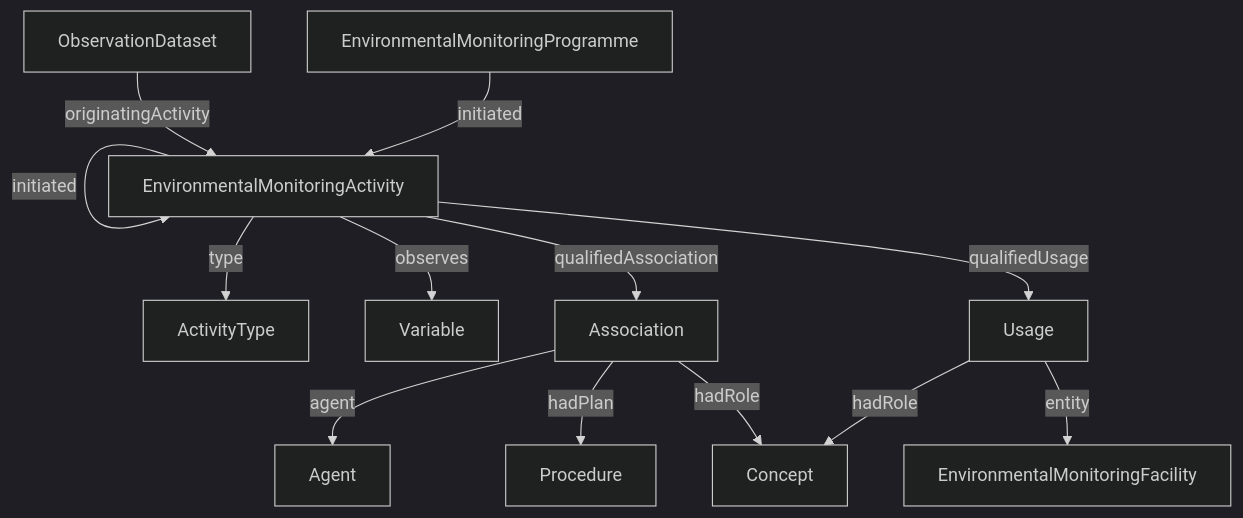
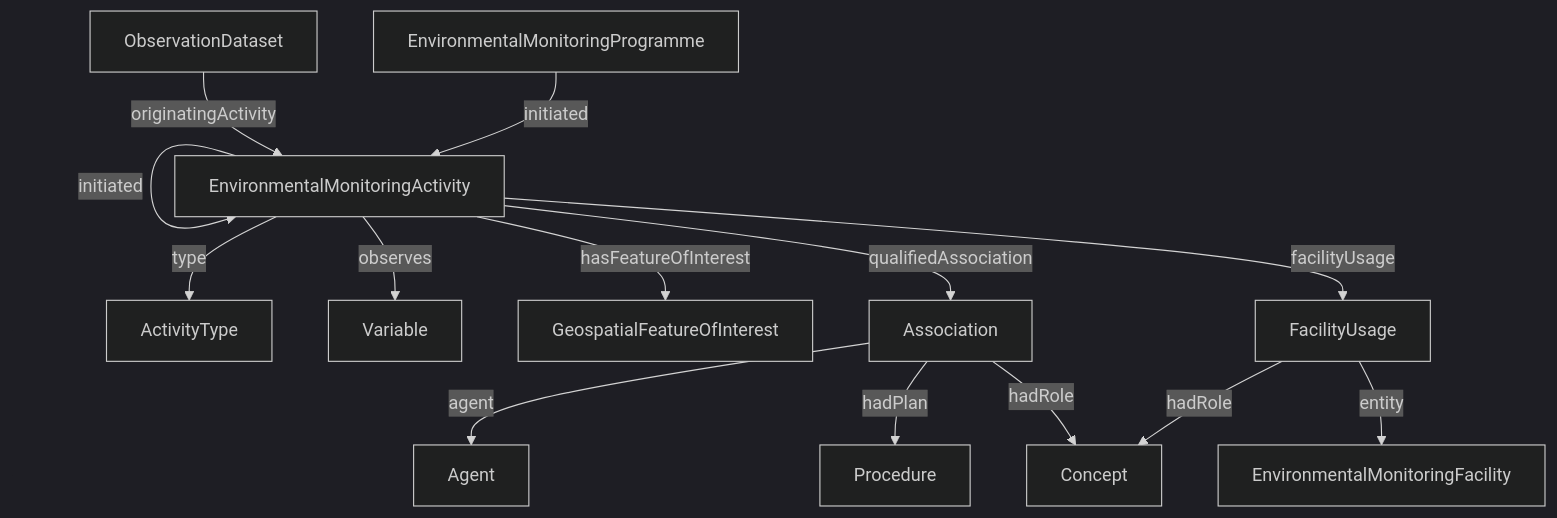
One commit to NERC-CEH/fdri-ontology changed the first of 2 diagrams in doc/working_notes/uav-dataset-proposal.md. Above: the diagram before and after it, drawn with Mermaid (dark theme). The commit also changed 12 other files, not shown here.

````diff
--- a/doc/working_notes/uav-dataset-proposal.md
+++ b/doc/working_notes/uav-dataset-proposal.md
@@ -24,17 +24,19 @@
 ```mermaid
 flowchart
 Activity[EnvironmentalMonitoringActivity]
 Programme[EnvironmentalMonitoringProgramme]
+Usage[FacilityUsage]
 ObservationDataset-- originatingActivity -->Activity
 Programme-- initiated-->Activity
 Activity-- initiated -->Activity
 Activity-- qualifiedAssociation -->Association
 Association -- agent --> Agent
 Association -- hadPlan --> Procedure
 Association -- hadRole --> Concept
-Activity-- qualifiedUsage -->Usage
+Activity-- facilityUsage -->Usage
 Usage -- entity --> EnvironmentalMonitoringFacility
 Usage -- hadRole --> Concept
 Activity -- type --> ActivityType
 Activity -- observes --> Variable
+Activity -- hasFeatureOfInterest --> GeospatialFeatureOfInterest
 ```
````
